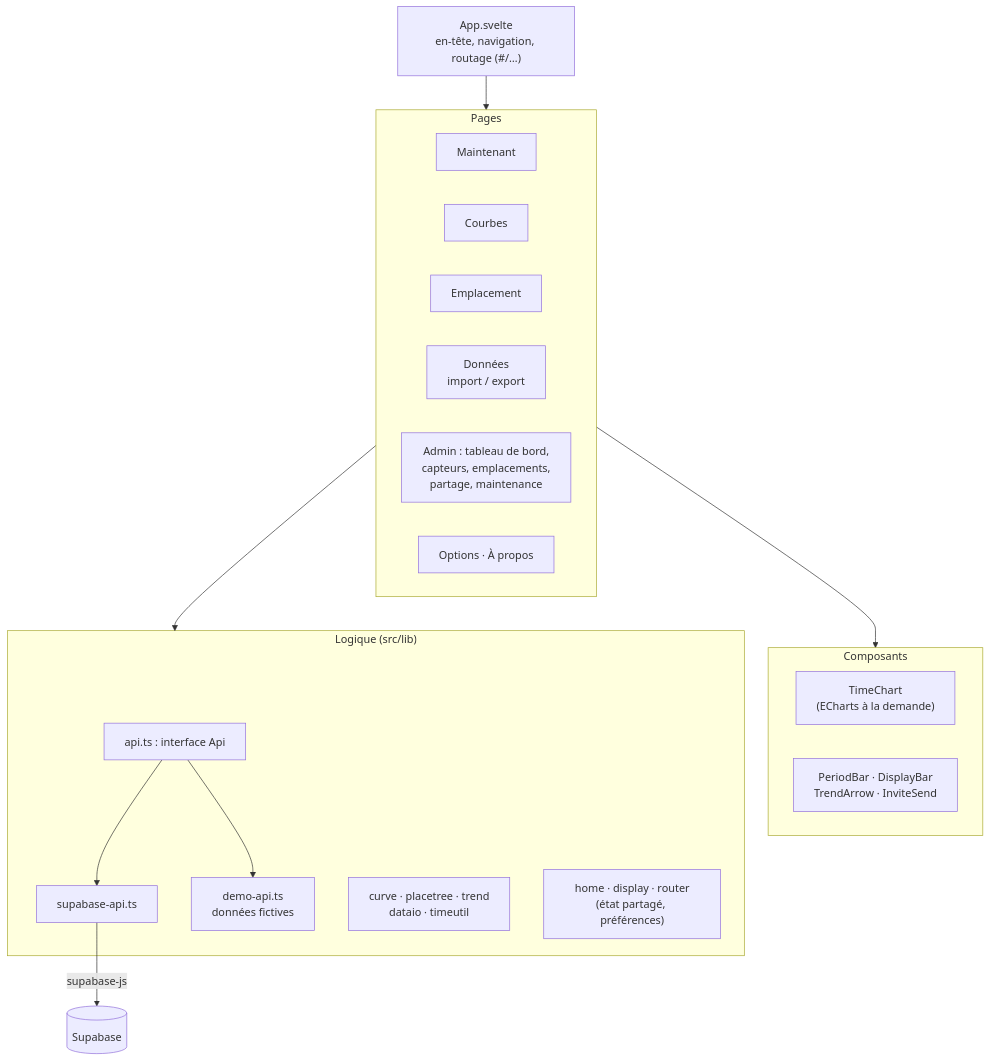
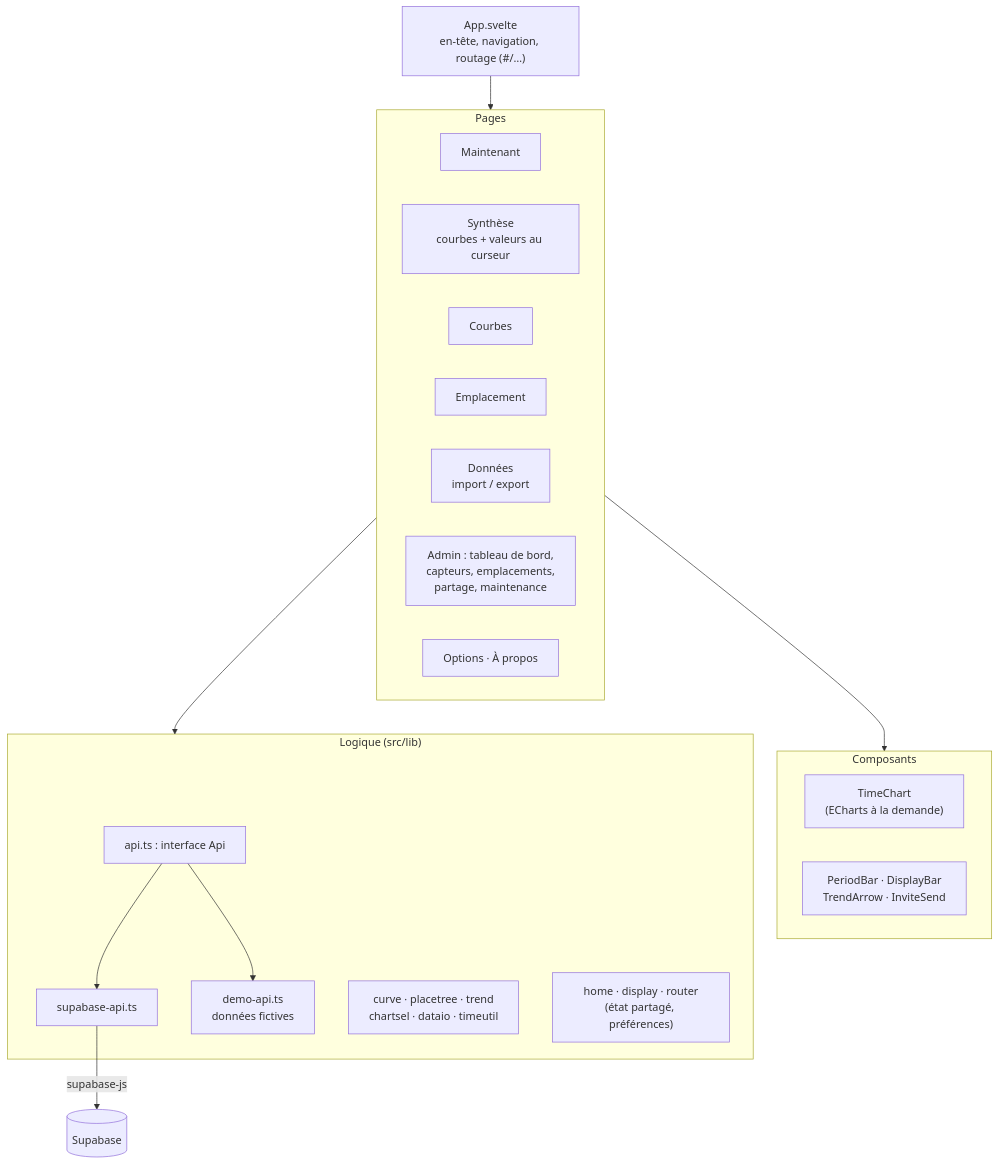
One commit to nicolo73/MobAlPlus changed the fifth of 9 diagrams in docs/architecture.md. Above: the diagram before and after it, drawn with Mermaid. The commit also changed 27 other files, not shown here.

````diff
--- a/docs/architecture.md
+++ b/docs/architecture.md
@@ -216,28 +216,29 @@
 ```mermaid
 flowchart TB
   app["App.svelte<br/>en-tête, navigation, routage (#/…)"]
   subgraph pages["Pages"]
     now["Maintenant"]
+    summary["Synthèse<br/>courbes + valeurs au curseur"]
     charts["Courbes"]
     place["Emplacement"]
     data["Données<br/>import / export"]
     admin["Admin : tableau de bord,<br/>capteurs, emplacements,<br/>partage, maintenance"]
     opts["Options · À propos"]
   end
   subgraph comps["Composants"]
     tc["TimeChart<br/>(ECharts à la demande)"]
     bars["PeriodBar · DisplayBar<br/>TrendArrow · InviteSend"]
   end
   subgraph lib["Logique (src/lib)"]
     api["api.ts : interface Api"]
     sapi["supabase-api.ts"]
     demo["demo-api.ts<br/>données fictives"]
-    calc["curve · placetree · trend<br/>dataio · timeutil"]
+    calc["curve · placetree · trend<br/>chartsel · dataio · timeutil"]
     state["home · display · router<br/>(état partagé, préférences)"]
   end
   app --> pages
   pages --> comps
   pages --> lib
   api --> sapi & demo
   sapi -->|supabase-js| sb[("Supabase")]
 ```
````
